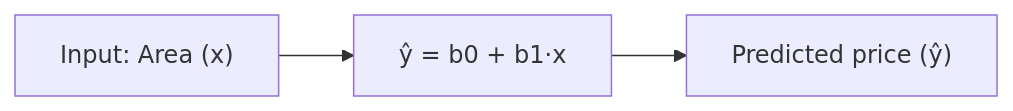
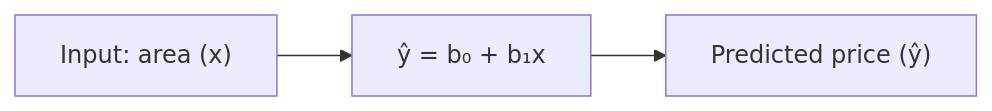
One commit to mhd-riaz/data-scientist-roadmap changed the fifth of 10 diagrams in semester-1/05-supervised-ml-regression/notes/02-linear-regression.md. Above: the diagram before and after it, drawn with Mermaid. The commit also changed other lines of this file and 5 other files, not shown here.

````diff
--- a/semester-1/05-supervised-ml-regression/notes/02-linear-regression.md
+++ b/semester-1/05-supervised-ml-regression/notes/02-linear-regression.md
@@ -107,4 +225,4 @@
 ```mermaid
 flowchart LR
-    X["Input: Area (x)"] --> M["ŷ = b0 + b1·x"] --> Y["Predicted price (ŷ)"]
+    X["Input: area (x)"] --> M["ŷ = b₀ + b₁x"] --> Y["Predicted price (ŷ)"]
 ```
````
